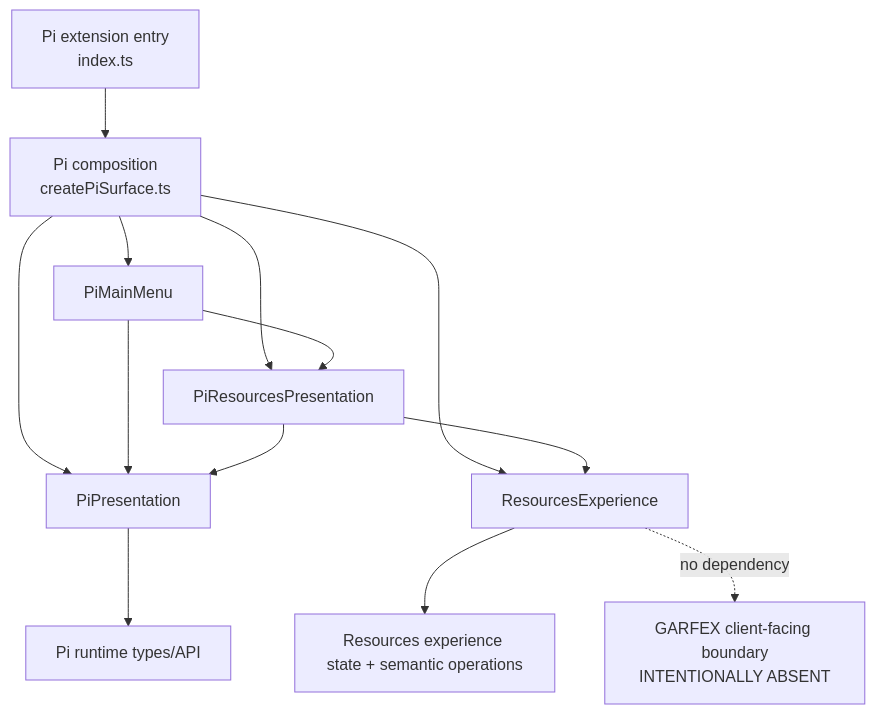
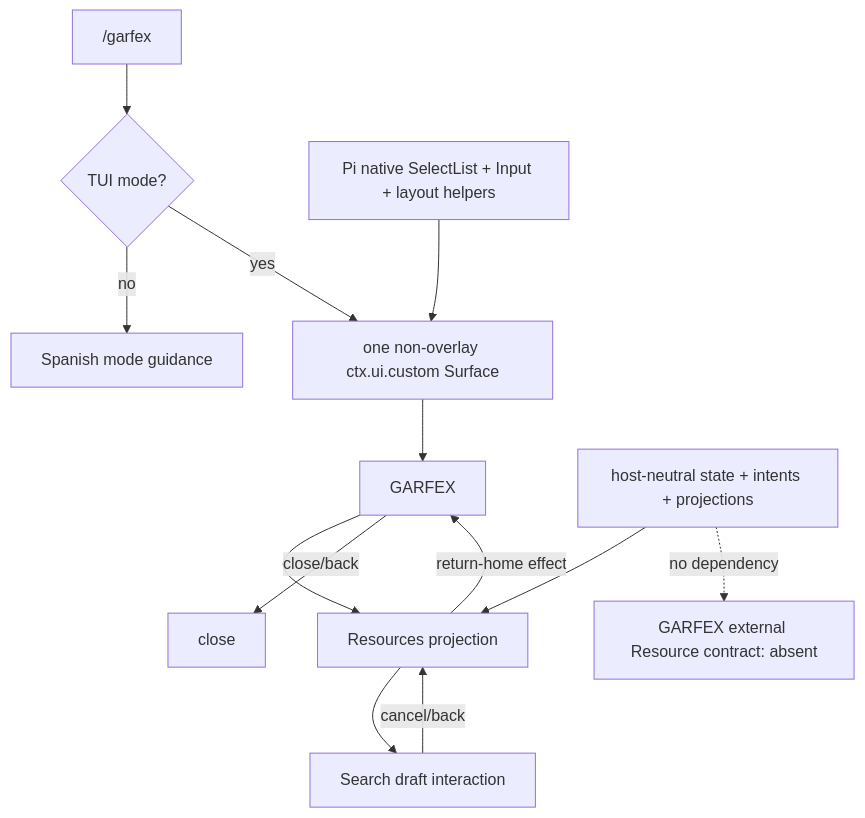
One commit to GARFEX33/garfex-platform-ui changed the diagram in docs/architecture.md. Above: the diagram before and after it, drawn with Mermaid. The commit also changed other lines of this file and 26 other files, not shown here.

Commit message:
feat(ui): materialize Pi-native GARFEX Surface

````diff
--- a/docs/architecture.md
+++ b/docs/architecture.md
@@ -21,16 +19,16 @@
 ```mermaid
 flowchart TD
-    Entry["Pi extension entry\nindex.ts"] --> Composition["Pi composition\ncreatePiSurface.ts"]
-    Composition --> PiMenu["PiMainMenu"]
-    Composition --> PiResources["PiResourcesPresentation"]
-    Composition --> PiRuntime["PiPresentation"]
-    Composition --> Resources["ResourcesExperience"]
-    PiMenu --> PiResources
-    PiMenu --> PiRuntime
-    PiResources --> PiRuntime
-    PiResources --> Resources
-    PiRuntime --> PiSDK["Pi runtime types/API"]
-    Resources --> State["Resources experience state + semantic operations"]
-    Missing["GARFEX client-facing boundary\nINTENTIONALLY ABSENT"]
-    Resources -. "no dependency" .-> Missing
+    Command["/garfex"] --> Gate{"TUI mode?"}
+    Gate -->|no| Notice["Spanish mode guidance"]
+    Gate -->|yes| Custom["one non-overlay ctx.ui.custom Surface"]
+    Custom --> Home["GARFEX"]
+    Home --> Resources["Resources projection"]
+    Resources --> Search["Search draft interaction"]
+    Search -->|cancel/back| Resources
+    Resources -->|return-home effect| Home
+    Home -->|close/back| Closed["close"]
+    Pi["Pi native SelectList + Input + layout helpers"] --> Custom
+    Feature["host-neutral state + intents + projections"] --> Resources
+    Missing["GARFEX external Resource contract: absent"]
+    Feature -. "no dependency" .-> Missing
 ```
````
